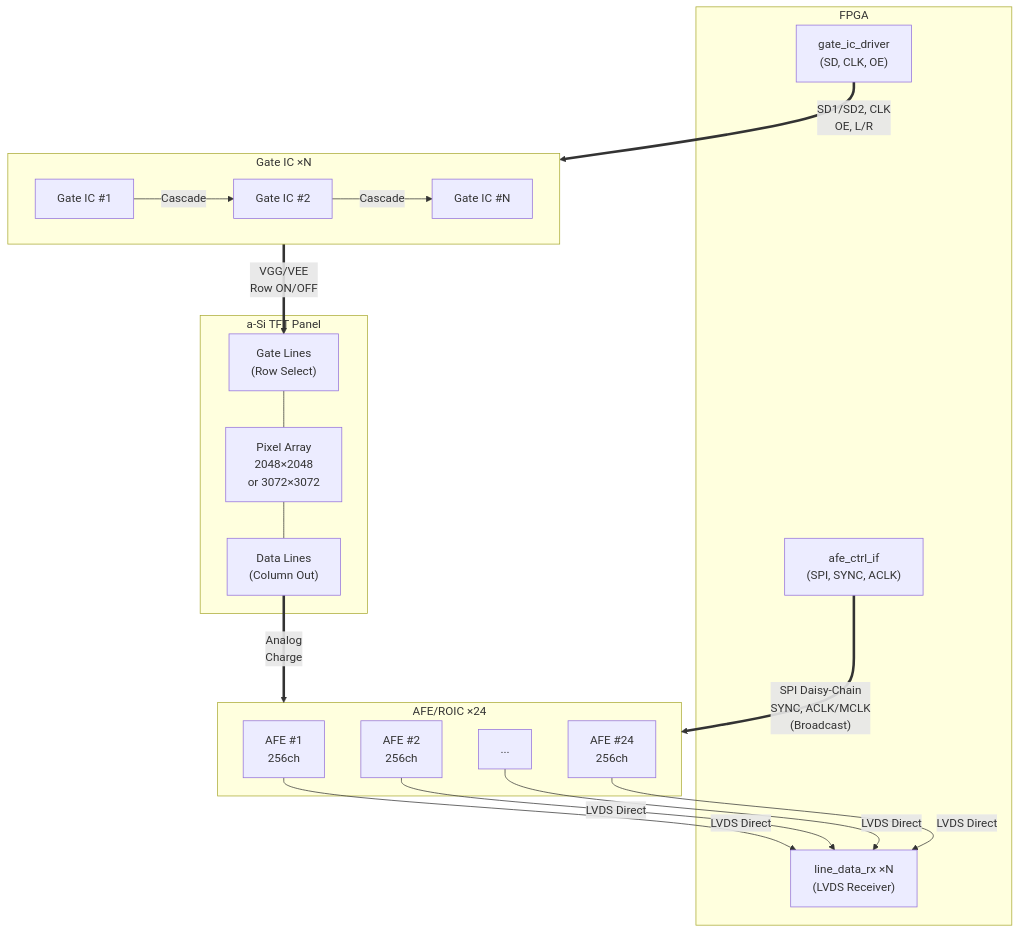
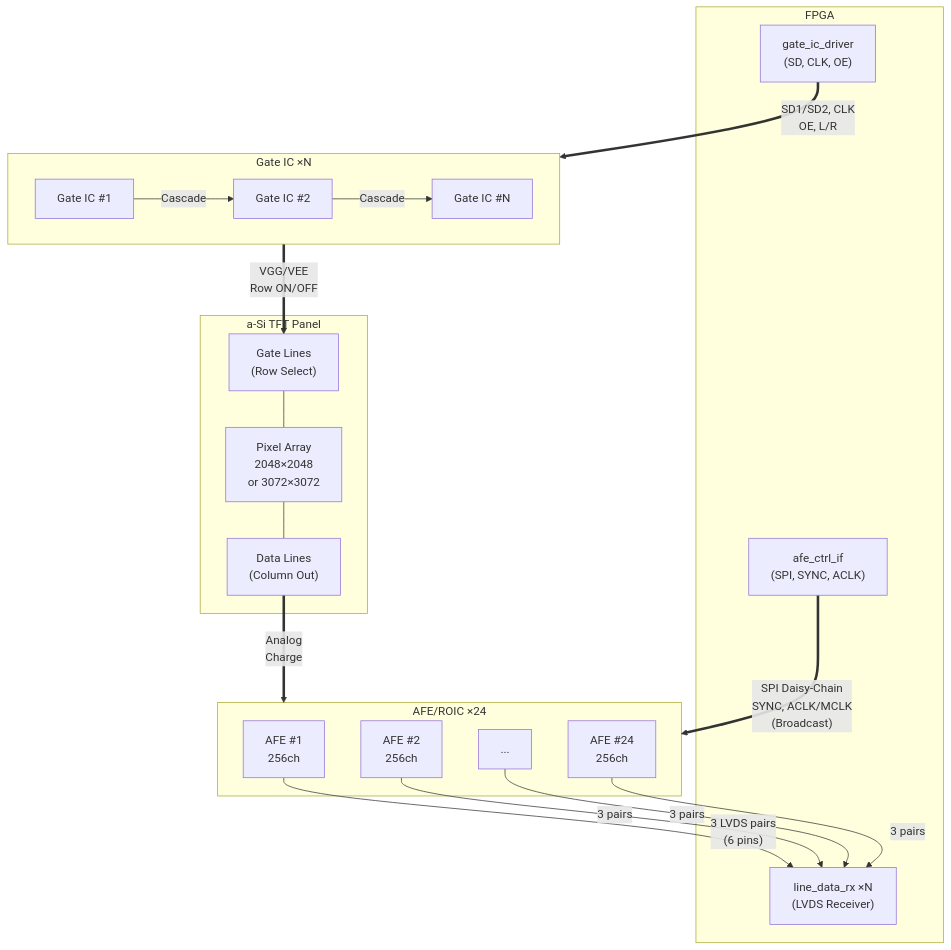
Before and after one commit to holee9/panel-operation: the second of 3 diagrams in README.md, drawn with Mermaid. The commit also changed other lines of this file, not shown here.

Commit message:
fix: ROIC LVDS pair 수 정정 — 6 pairs → 3 pairs (6 pins) per AFE
실제 데이터시트 기준 per AFE: DOUT ×2 + DCLK = 3 diff pairs = 6 pins.
24 AFE = 72 pairs = 144 pins → Artix-7 FGG484 (250 I/O) 충분.

🗿 MoAI <email@mo.ai.kr>

````diff
--- a/README.md
+++ b/README.md
@@ -65,39 +65,39 @@
 ```mermaid
 flowchart TB
     subgraph FPGA_SIDE[" FPGA "]
         F1["gate_ic_driver\n(SD, CLK, OE)"]
         F2["afe_ctrl_if\n(SPI, SYNC, ACLK)"]
         F3["line_data_rx ×N\n(LVDS Receiver)"]
     end
 
     subgraph GATE_SIDE[" Gate IC  ×N "]
         G1["Gate IC #1"]
         G2["Gate IC #2"]
         G3["Gate IC #N"]
         G1 -->|Cascade| G2 -->|Cascade| G3
     end
 
     subgraph PANEL_SIDE[" a-Si TFT Panel "]
         ROW["Gate Lines\n(Row Select)"]
         PIXEL["Pixel Array\n2048×2048\nor 3072×3072"]
         COL["Data Lines\n(Column Out)"]
         ROW --- PIXEL --- COL
     end
 
     subgraph AFE_SIDE[" AFE/ROIC  ×24 "]
         A1["AFE #1\n256ch"]
         A2["AFE #2\n256ch"]
         A3["..."]
         A24["AFE #24\n256ch"]
     end
 
     F1 ==>|"SD1/SD2, CLK\nOE, L/R"| GATE_SIDE
     GATE_SIDE ==>|"VGG/VEE\nRow ON/OFF"| ROW
     COL ==>|"Analog\nCharge"| AFE_SIDE
     F2 ==>|"SPI Daisy-Chain\nSYNC, ACLK/MCLK\n(Broadcast)"| AFE_SIDE
 
-    A1 -->|"LVDS Direct"| F3
-    A2 -->|"LVDS Direct"| F3
-    A3 -->|"LVDS Direct"| F3
-    A24 -->|"LVDS Direct"| F3
+    A1 -->|"3 LVDS pairs\n(6 pins)"| F3
+    A2 -->|"3 pairs"| F3
+    A3 -->|"3 pairs"| F3
+    A24 -->|"3 pairs"| F3
 ```
````
